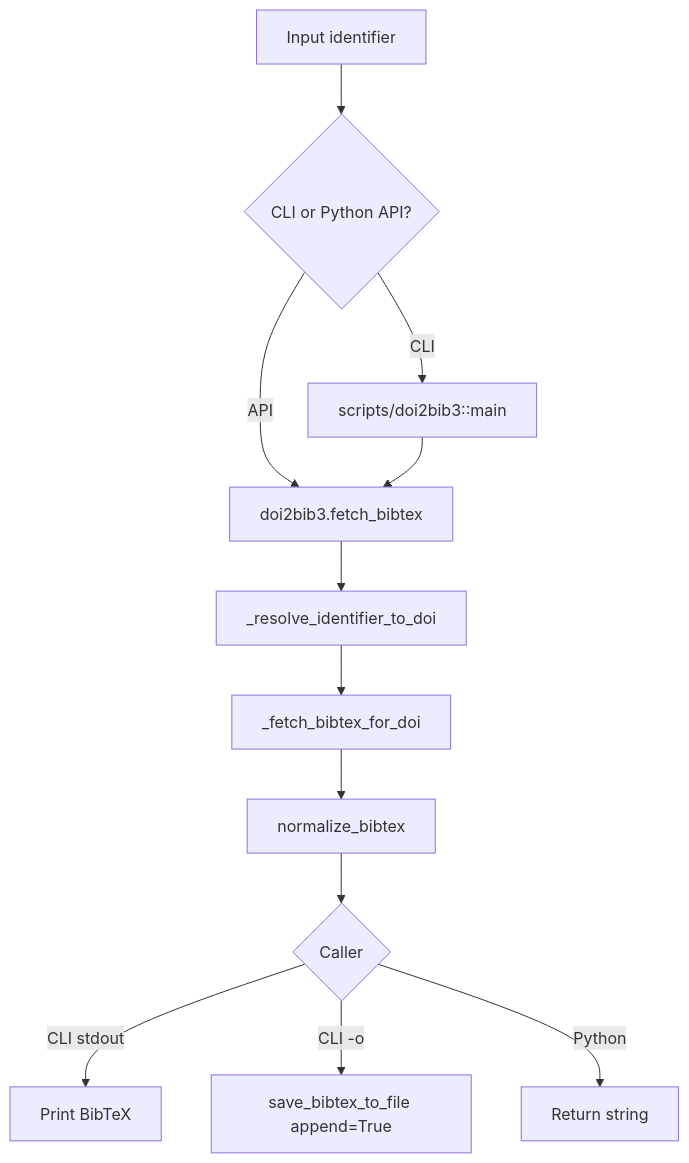
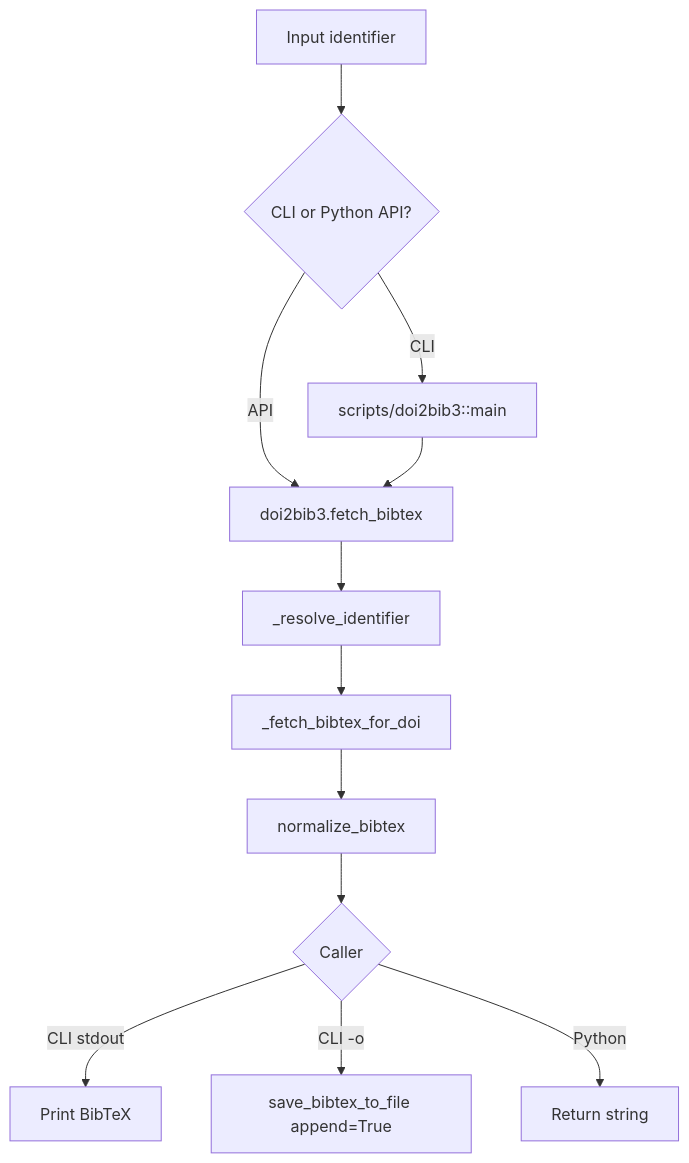
The first of 4 diagrams in docs/ALGORITHM_VISUALS.md (archisman-panigrahi/doi2bib3), drawn with Mermaid before and after one commit. The commit also changed other lines of this file and 1 other file, not shown here.

````diff
--- a/docs/ALGORITHM_VISUALS.md
+++ b/docs/ALGORITHM_VISUALS.md
@@ -7,14 +7,14 @@
 ```mermaid
 flowchart TD
     A[Input identifier] --> B{CLI or Python API?}
     B -->|CLI| C[scripts/doi2bib3::main]
     B -->|API| D[doi2bib3.fetch_bibtex]
     C --> D
-    D --> E[_resolve_identifier_to_doi]
+    D --> E[_resolve_identifier]
     E --> F[_fetch_bibtex_for_doi]
     F --> G[normalize_bibtex]
     G --> H{Caller}
     H -->|CLI stdout| I[Print BibTeX]
     H -->|CLI -o| J[save_bibtex_to_file append=True]
     H -->|Python| K[Return string]
 ```
````
